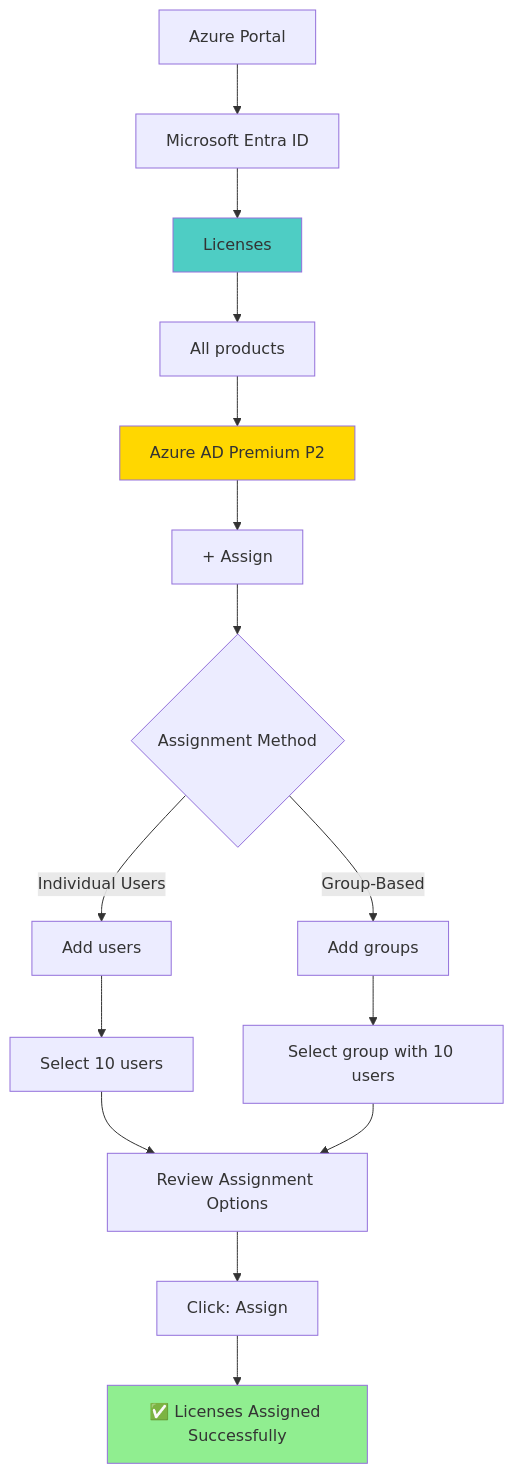
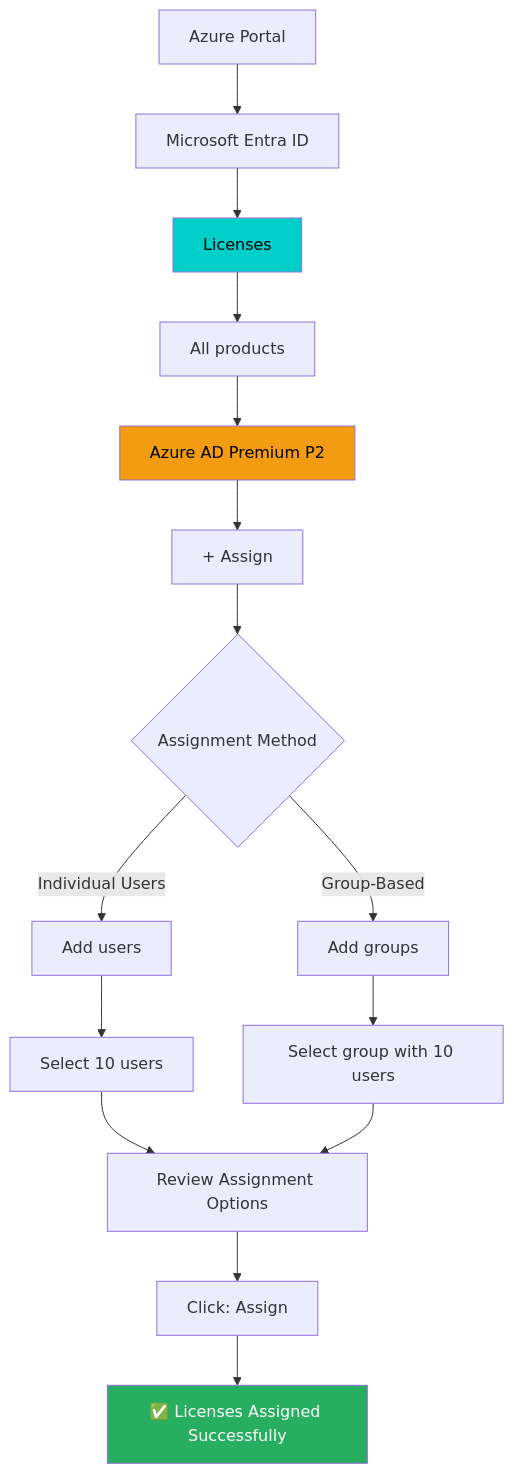
The fourth of 15 diagrams in architecture-azure/security/azure-roles-comprehensive-guide.md (gurkanindibay/azure_learning), drawn with Mermaid before and after one commit. The commit also changed other lines of this file and 7 other files, not shown here.

Commit message:
Add accessibility guidelines for diagrams and documentation

````diff
--- a/architecture-azure/security/azure-roles-comprehensive-guide.md
+++ b/architecture-azure/security/azure-roles-comprehensive-guide.md
@@ -527,21 +527,21 @@
 ```mermaid
 graph TD
     A[Azure Portal] --> B[Microsoft Entra ID]
     B --> C[Licenses]
     C --> D[All products]
     D --> E[Azure AD Premium P2]
     E --> F[+ Assign]
     F --> G{Assignment Method}
     G -->|Individual Users| H[Add users]
     G -->|Group-Based| I[Add groups]
     H --> J[Select 10 users]
     I --> K[Select group with 10 users]
     J --> L[Review Assignment Options]
     K --> L
     L --> M[Click: Assign]
     M --> N[✅ Licenses Assigned Successfully]
     
-    style C fill:#4ecdc4
-    style E fill:#FFD700
-    style N fill:#90EE90
+    style C fill:#00cec9,color:#000000
+    style E fill:#f39c12,color:#000000
+    style N fill:#27ae60,color:#ffffff
 ```
````
